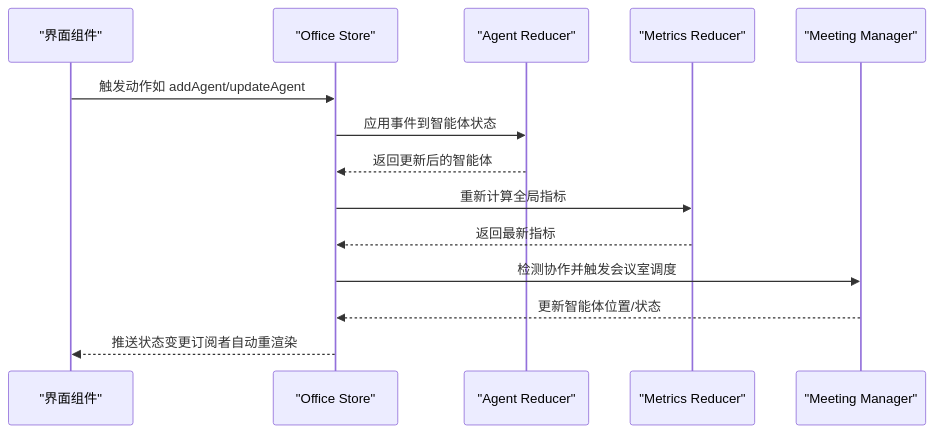
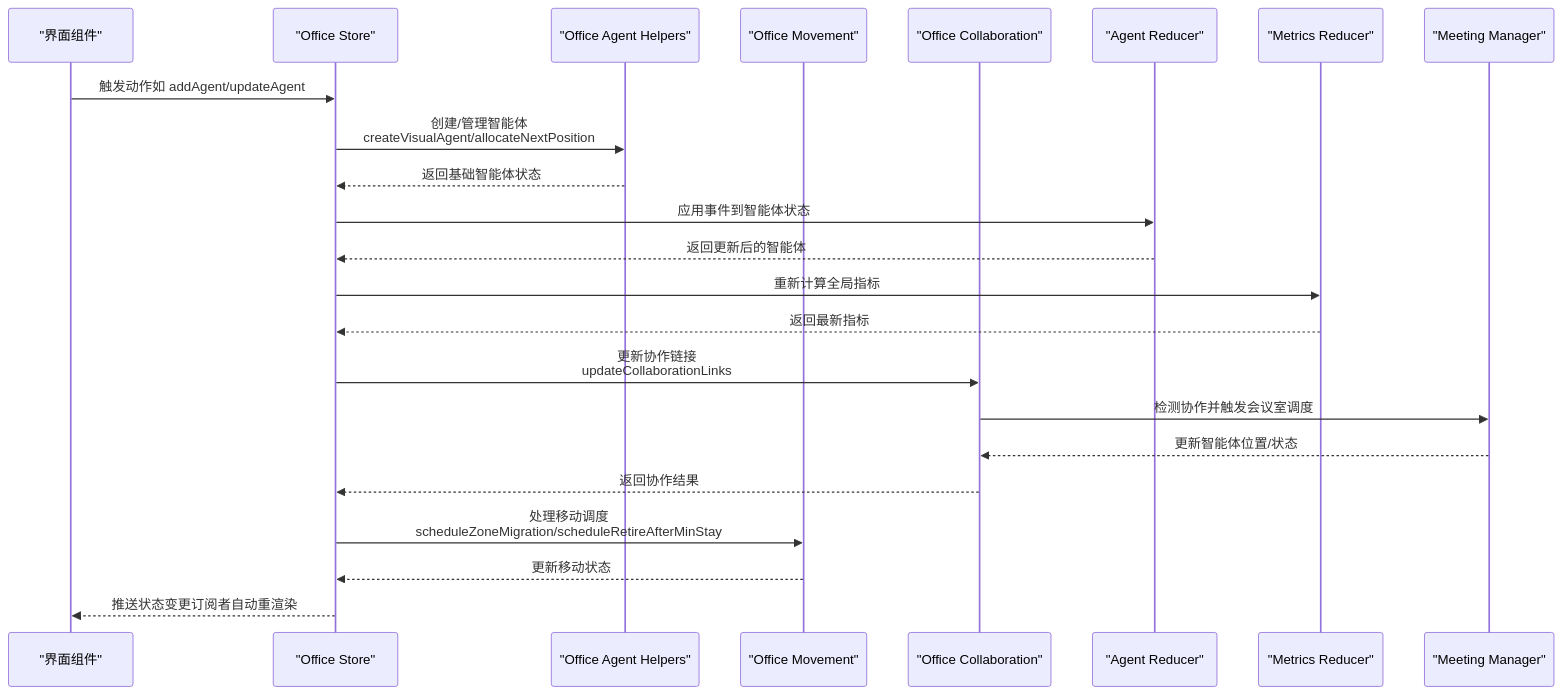
The second of 10 diagrams in .qoder/repowiki/zh/content/状态管理系统/状态管理系统.md (WW-AI-Lab/openclaw-office), drawn with Mermaid before and after one commit. The commit also changed other lines of this file and 27 other files, not shown here.

````diff
--- a/.qoder/repowiki/zh/content/状态管理系统/状态管理系统.md
+++ b/.qoder/repowiki/zh/content/状态管理系统/状态管理系统.md
@@ -114,16 +139,25 @@
 ```mermaid
 sequenceDiagram
 participant UI as "界面组件"
 participant OS as "Office Store"
+participant OAH as "Office Agent Helpers"
+participant OM as "Office Movement"
+participant OC as "Office Collaboration"
 participant AR as "Agent Reducer"
 participant MR as "Metrics Reducer"
 participant MM as "Meeting Manager"
 UI->>OS : 触发动作如 addAgent/updateAgent
+OS->>OAH : 创建/管理智能体<br/>createVisualAgent/allocateNextPosition
+OAH-->>OS : 返回基础智能体状态
 OS->>AR : 应用事件到智能体状态
 AR-->>OS : 返回更新后的智能体
 OS->>MR : 重新计算全局指标
 MR-->>OS : 返回最新指标
-OS->>MM : 检测协作并触发会议室调度
-MM-->>OS : 更新智能体位置/状态
+OS->>OC : 更新协作链接<br/>updateCollaborationLinks
+OC->>MM : 检测协作并触发会议室调度
+MM-->>OC : 更新智能体位置/状态
+OC-->>OS : 返回协作结果
+OS->>OM : 处理移动调度<br/>scheduleZoneMigration/scheduleRetireAfterMinStay
+OM-->>OS : 更新移动状态
 OS-->>UI : 推送状态变更订阅者自动重渲染
 ```
````
